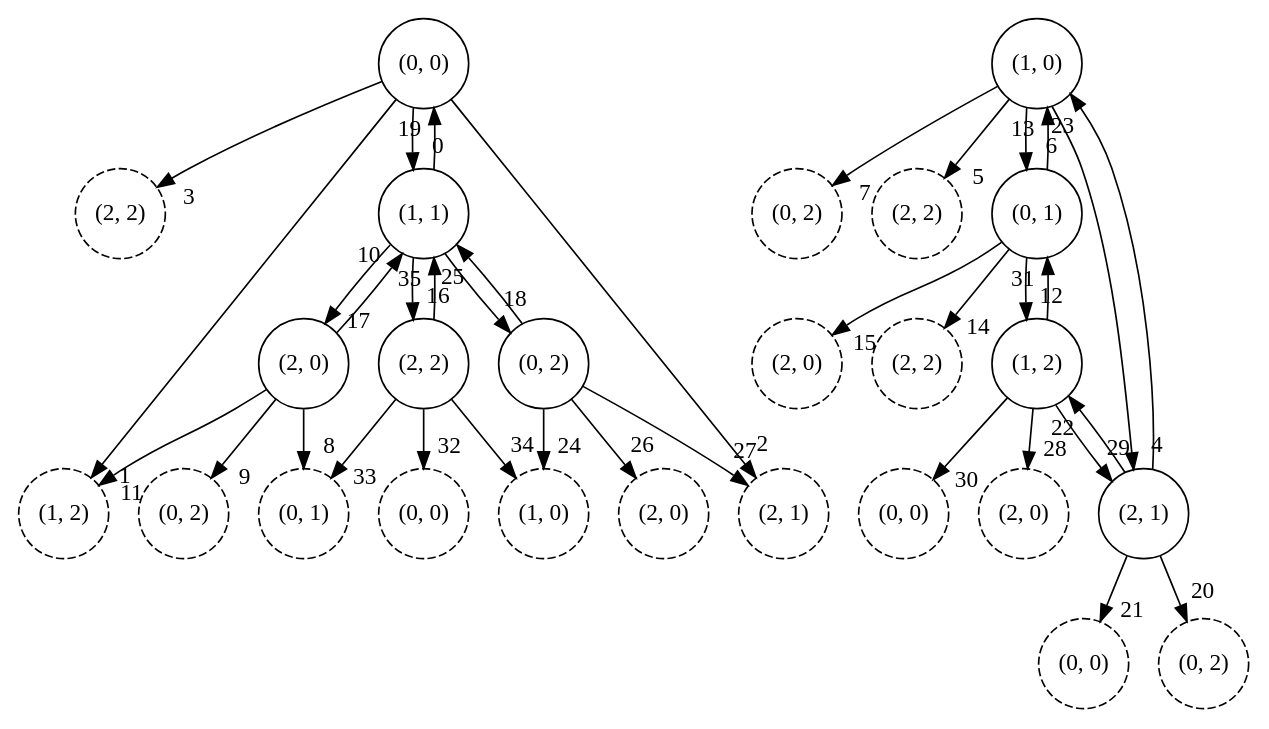
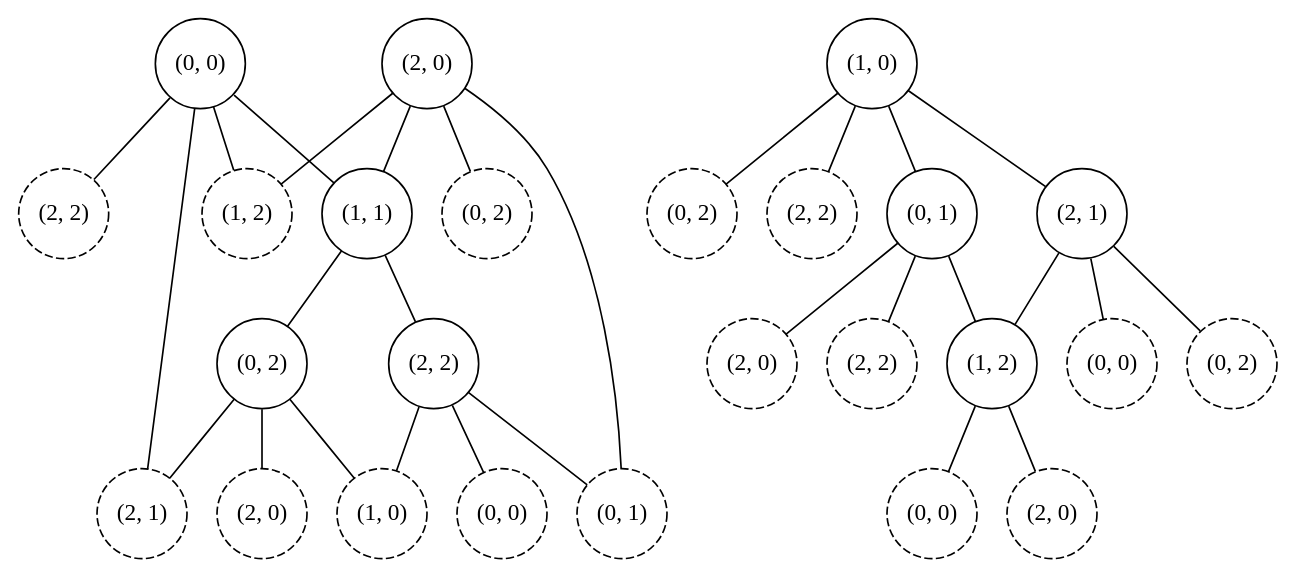
Before and after one commit to hiperwalk/hiperwalk: the diagram in docs/graphviz/grid/periodic-diagonal.dot, drawn with Graphviz. The commit also changed 14 other files, not shown here.

```diff
--- a/docs/graphviz/grid/periodic-diagonal.dot
+++ b/docs/graphviz/grid/periodic-diagonal.dot
@@ -1,64 +1,56 @@
-digraph {
+graph {
 	"(-1, -1)" [pos="-1.75,-1.75!" width=0.75 height=0.75 fixedsize=True style="dashed" label="(2, 2)"]
 	"(0, -1)" [pos="0.0,-1.75!" width=0.75 height=0.75 fixedsize=True style="dashed" label="(0, 2)"]
 	"(1, -1)" [pos="1.75,-1.75!" width=0.75 height=0.75 fixedsize=True style="dashed" label="(1, 2)"]
 	"(2, -1)" [pos="3.5,-1.75!" width=0.75 height=0.75 fixedsize=True style="dashed" label="(2, 2)"]
 	"(3, -1)" [pos="5.25,-1.75!" width=0.75 height=0.75 fixedsize=True style="dashed" label="(0, 2)"]
 	"(-1, 0)" [pos="-1.75,0.0!" width=0.75 height=0.75 fixedsize=True style="dashed" label="(2, 0)"]
 	"(0, 0)" [pos="0.0,0.0!" width=0.75 height=0.75 fixedsize=True]
 	"(1, 0)" [pos="1.75,0.0!" width=0.75 height=0.75 fixedsize=True]
 	"(2, 0)" [pos="3.5,0.0!" width=0.75 height=0.75 fixedsize=True]
 	"(3, 0)" [pos="5.25,0.0!" width=0.75 height=0.75 fixedsize=True style="dashed" label="(0, 0)"]
 	"(-1, 1)" [pos="-1.75,1.75!" width=0.75 height=0.75 fixedsize=True style="dashed" label="(2, 1)"]
 	"(0, 1)" [pos="0.0,1.75!" width=0.75 height=0.75 fixedsize=True]
 	"(1, 1)" [pos="1.75,1.75!" width=0.75 height=0.75 fixedsize=True]
 	"(2, 1)" [pos="3.5,1.75!" width=0.75 height=0.75 fixedsize=True]
 	"(3, 1)" [pos="5.25,1.75!" width=0.75 height=0.75 fixedsize=True style="dashed" label="(0, 1)"]
 	"(-1, 2)" [pos="-1.75,3.5!" width=0.75 height=0.75 fixedsize=True style="dashed" label="(2, 2)"]
 	"(0, 2)" [pos="0.0,3.5!" width=0.75 height=0.75 fixedsize=True]
 	"(1, 2)" [pos="1.75,3.5!" width=0.75 height=0.75 fixedsize=True]
 	"(2, 2)" [pos="3.5,3.5!" width=0.75 height=0.75 fixedsize=True]
 	"(3, 2)" [pos="5.25,3.5!" width=0.75 height=0.75 fixedsize=True style="dashed" label="(0, 2)"]
 	"(-1, 3)" [pos="-1.75,5.25!" width=0.75 height=0.75 fixedsize=True style="dashed" label="(2, 0)"]
 	"(0, 3)" [pos="0.0,5.25!" width=0.75 height=0.75 fixedsize=True style="dashed" label="(0, 0)"]
 	"(1, 3)" [pos="1.75,5.25!" width=0.75 height=0.75 fixedsize=True style="dashed" label="(1, 0)"]
 	"(2, 3)" [pos="3.5,5.25!" width=0.75 height=0.75 fixedsize=True style="dashed" label="(2, 0)"]
 	"(3, 3)" [pos="5.25,5.25!" width=0.75 height=0.75 fixedsize=True style="dashed" label="(0, 0)"]
 
-	 "(0, 0)" -> "(1, 1)"[headlabel=0 labeldistance=2 labelangle=-50];
-	 "(0, 0)" -> "(1, -1)"[headlabel=1 labeldistance=2 labelangle=-50];
-	 "(0, 0)" -> "(-1, 1)"[headlabel=2 labeldistance=2 labelangle=-50];
-	 "(0, 0)" -> "(-1, -1)"[headlabel=3 labeldistance=2 labelangle=-50];
-	 "(1, 0)" -> "(2, 1)"[headlabel=4 labeldistance=2 labelangle=-50];
-	 "(1, 0)" -> "(2, -1)"[headlabel=5 labeldistance=2 labelangle=-50];
-	 "(1, 0)" -> "(0, 1)"[headlabel=6 labeldistance=2 labelangle=-50];
-	 "(1, 0)" -> "(0, -1)"[headlabel=7 labeldistance=2 labelangle=-50];
-	 "(2, 0)" -> "(3, 1)"[headlabel=8 labeldistance=2 labelangle=-50];
-	 "(2, 0)" -> "(3, -1)"[headlabel=9 labeldistance=2 labelangle=-50];
-	 "(2, 0)" -> "(1, 1)"[headlabel=10 labeldistance=2 labelangle=-50];
-	 "(2, 0)" -> "(1, -1)"[headlabel=11 labeldistance=2 labelangle=-50];
-	 "(0, 1)" -> "(1, 2)"[headlabel=12 labeldistance=2 labelangle=-50];
-	 "(0, 1)" -> "(1, 0)"[headlabel=13 labeldistance=2 labelangle=-50];
-	 "(0, 1)" -> "(-1, 2)"[headlabel=14 labeldistance=2 labelangle=-50];
-	 "(0, 1)" -> "(-1, 0)"[headlabel=15 labeldistance=2 labelangle=-50];
-	 "(1, 1)" -> "(2, 2)"[headlabel=16 labeldistance=2 labelangle=-50];
-	 "(1, 1)" -> "(2, 0)"[headlabel=17 labeldistance=2 labelangle=-50];
-	 "(1, 1)" -> "(0, 2)"[headlabel=18 labeldistance=2 labelangle=-50];
-	 "(1, 1)" -> "(0, 0)"[headlabel=19 labeldistance=2 labelangle=-50];
-	 "(2, 1)" -> "(3, 2)"[headlabel=20 labeldistance=2 labelangle=-50];
-	 "(2, 1)" -> "(3, 0)"[headlabel=21 labeldistance=2 labelangle=-50];
-	 "(2, 1)" -> "(1, 2)"[headlabel=22 labeldistance=2 labelangle=-50];
-	 "(2, 1)" -> "(1, 0)"[headlabel=23 labeldistance=2 labelangle=-50];
-	 "(0, 2)" -> "(1, 3)"[headlabel=24 labeldistance=2 labelangle=-50];
-	 "(0, 2)" -> "(1, 1)"[headlabel=25 labeldistance=2 labelangle=-50];
-	 "(0, 2)" -> "(-1, 3)"[headlabel=26 labeldistance=2 labelangle=-50];
-	 "(0, 2)" -> "(-1, 1)"[headlabel=27 labeldistance=2 labelangle=-50];
-	 "(1, 2)" -> "(2, 3)"[headlabel=28 labeldistance=2 labelangle=-50];
-	 "(1, 2)" -> "(2, 1)"[headlabel=29 labeldistance=2 labelangle=-50];
-	 "(1, 2)" -> "(0, 3)"[headlabel=30 labeldistance=2 labelangle=-50];
-	 "(1, 2)" -> "(0, 1)"[headlabel=31 labeldistance=2 labelangle=-50];
-	 "(2, 2)" -> "(3, 3)"[headlabel=32 labeldistance=2 labelangle=-50];
-	 "(2, 2)" -> "(3, 1)"[headlabel=33 labeldistance=2 labelangle=-50];
-	 "(2, 2)" -> "(1, 3)"[headlabel=34 labeldistance=2 labelangle=-50];
-	 "(2, 2)" -> "(1, 1)"[headlabel=35 labeldistance=2 labelangle=-50];
+	 "(0, 0)" -- "(1, 1)";
+	 "(0, 0)" -- "(-1, 1)";
+	 "(0, 0)" -- "(-1, -1)";
+	 "(0, 0)" -- "(1, -1)";
+	 "(1, 0)" -- "(2, 1)";
+	 "(1, 0)" -- "(0, 1)";
+	 "(1, 0)" -- "(0, -1)";
+	 "(1, 0)" -- "(2, -1)";
+	 "(2, 0)" -- "(3, 1)";
+	 "(2, 0)" -- "(1, 1)";
+	 "(2, 0)" -- "(1, -1)";
+	 "(2, 0)" -- "(3, -1)";
+	 "(0, 1)" -- "(1, 2)";
+	 "(0, 1)" -- "(-1, 2)";
+	 "(0, 1)" -- "(-1, 0)";
+	 "(1, 1)" -- "(2, 2)";
+	 "(1, 1)" -- "(0, 2)";
+	 "(2, 1)" -- "(3, 2)";
+	 "(2, 1)" -- "(1, 2)";
+	 "(2, 1)" -- "(3, 0)";
+	 "(0, 2)" -- "(1, 3)";
+	 "(0, 2)" -- "(-1, 3)";
+	 "(0, 2)" -- "(-1, 1)";
+	 "(1, 2)" -- "(2, 3)";
+	 "(1, 2)" -- "(0, 3)";
+	 "(2, 2)" -- "(3, 3)";
+	 "(2, 2)" -- "(1, 3)";
+	 "(2, 2)" -- "(3, 1)";
 }
```
